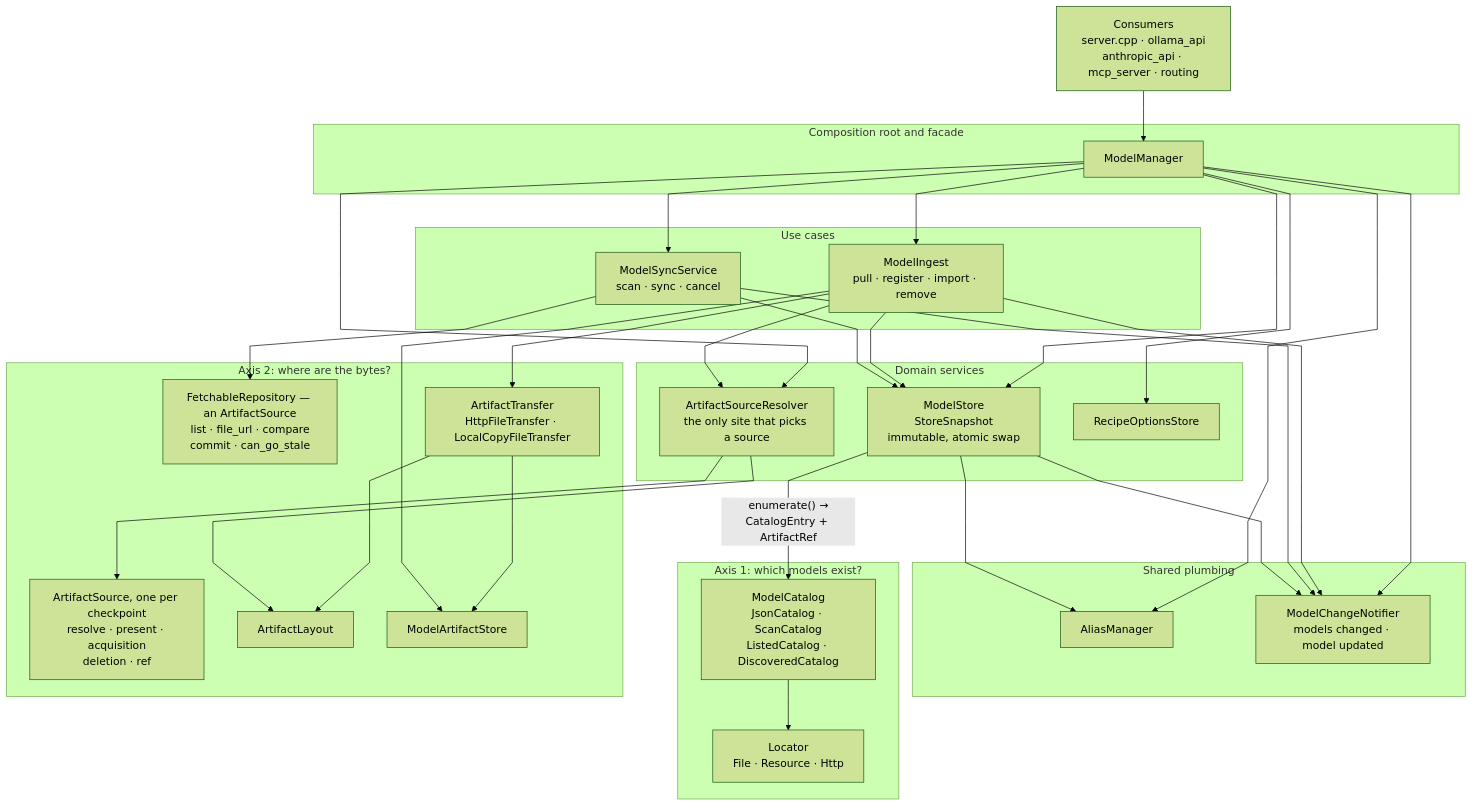
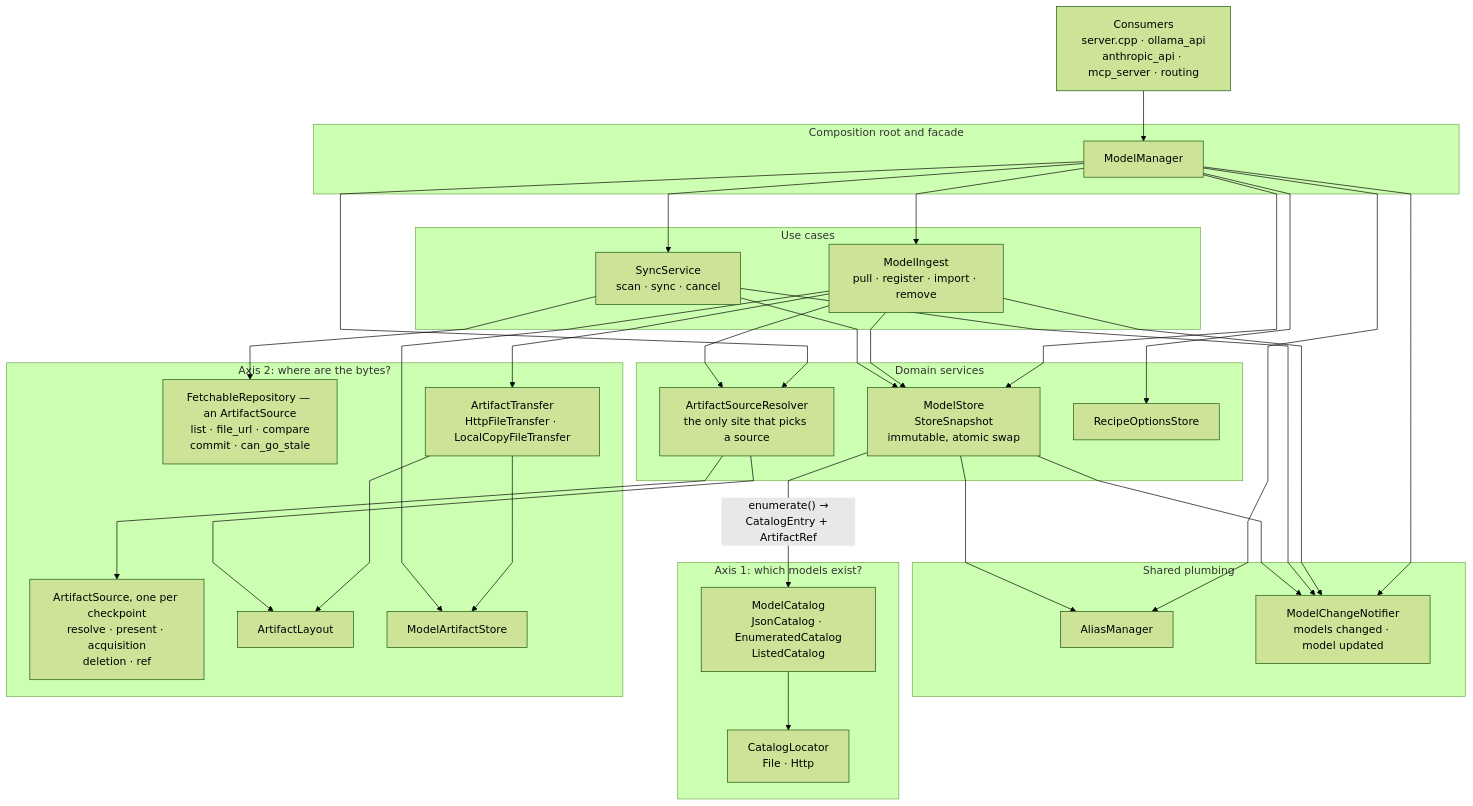
The diagram in docs/dev/specs/model-management.md (sjmaple/cr-lemonade), drawn with Mermaid (forest theme) before and after one commit. The commit also changed other lines of this file, not shown here.

````diff
--- a/docs/dev/specs/model-management.md
+++ b/docs/dev/specs/model-management.md
@@ -72,63 +72,63 @@
 ```mermaid
 %%{init: {"flowchart": {"curve": "linear"}}}%%
 flowchart TD
   CONS["Consumers<br/>server.cpp · ollama_api<br/>anthropic_api · mcp_server · routing"]
 
   subgraph L1["Composition root and facade"]
     FAC["ModelManager"]
   end
 
   subgraph L2["Use cases"]
     ING["ModelIngest<br/>pull · register · import · remove"]
-    SYNC["ModelSyncService<br/>scan · sync · cancel"]
+    SYNC["SyncService<br/>scan · sync · cancel"]
   end
 
   subgraph L3["Domain services"]
     ST["ModelStore<br/>StoreSnapshot<br/>immutable, atomic swap"]
     RES["ArtifactSourceResolver<br/>the only site that picks a source"]
     RO["RecipeOptionsStore"]
   end
 
   subgraph L4["Shared plumbing"]
     ALI["AliasManager"]
     NOT["ModelChangeNotifier<br/>models changed · model updated"]
   end
 
   subgraph A1["Axis 1: which models exist?"]
-    CAT["ModelCatalog<br/>JsonCatalog · ScanCatalog<br/>ListedCatalog · DiscoveredCatalog"]
-    LOC["Locator<br/>File · Resource · Http"]
+    CAT["ModelCatalog<br/>JsonCatalog · EnumeratedCatalog<br/>ListedCatalog"]
+    LOC["CatalogLocator<br/>File · Http"]
     CAT --> LOC
   end
 
   subgraph A2["Axis 2: where are the bytes?"]
     AS["ArtifactSource, one per checkpoint<br/>resolve · present · acquisition<br/>deletion · ref"]
     FR["FetchableRepository — an ArtifactSource<br/>list · file_url · compare<br/>commit · can_go_stale"]
     TE["ArtifactTransfer<br/>HttpFileTransfer · LocalCopyFileTransfer"]
     LA["ArtifactLayout"]
     ART["ModelArtifactStore"]
     TE --> LA
     TE --> ART
   end
 
   CONS --> FAC
   FAC --> ING
   FAC --> SYNC
   FAC --> ST
   FAC --> RES
   FAC --> RO
   FAC --> ALI
   FAC --> NOT
   ING --> ST
   ING --> RES
   ING --> TE
   ING --> ART
   ING --> NOT
   SYNC --> ST
   SYNC --> FR
   SYNC --> NOT
   ST -->|"enumerate() →<br/>CatalogEntry + ArtifactRef"| CAT
   ST --> ALI
   ST --> NOT
   RES --> AS
   RES --> LA
 ```
````
